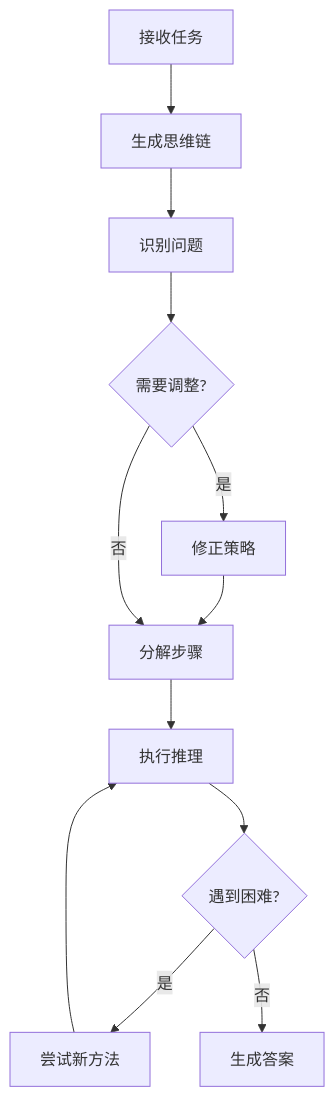
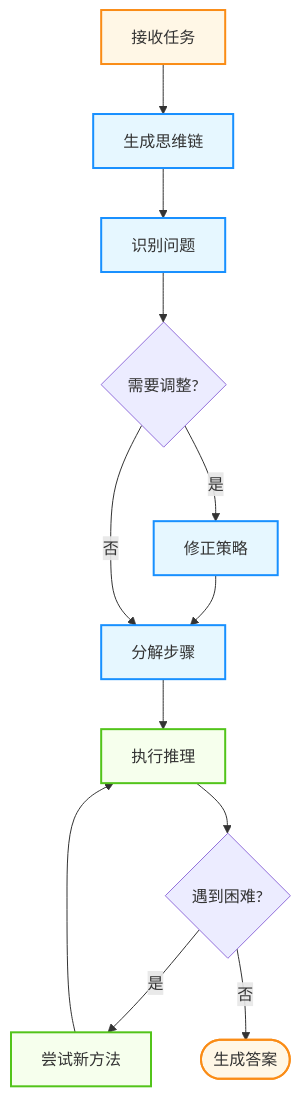
Before and after one commit to yeasy/agentic_ai_guide: the first of 4 diagrams in 07_evolution/7.5_reasoning.md, drawn with Mermaid. The commit also changed other lines of this file and 36 other files, not shown here.

````diff
--- a/07_evolution/7.5_reasoning.md
+++ b/07_evolution/7.5_reasoning.md
@@ -11,14 +11,24 @@
 ```mermaid
 flowchart TD
+    %% Agentic Design System
+    classDef agent fill:#e6f7ff,stroke:#1890ff,stroke-width:2px;
+    classDef tool fill:#f6ffed,stroke:#52c41a,stroke-width:2px;
+    classDef user fill:#fff7e6,stroke:#fa8c16,stroke-width:2px;
+
     a["接收任务"] --> b["生成思维链"]
     b --> c["识别问题"]
     c --> d{需要调整?}
     d -->|是| e["修正策略"]
     e --> f["分解步骤"]
     d -->|否| f
     f --> g["执行推理"]
     g --> h{遇到困难?}
     h -->|是| i["尝试新方法"]
     i --> g
-    h -->|否| j["生成答案"]
+    h -->|否| j(["生成答案"])
+    
+    class a user;
+    class b,c,e,f agent;
+    class g,i tool;
+    class j user;
 ```
````
